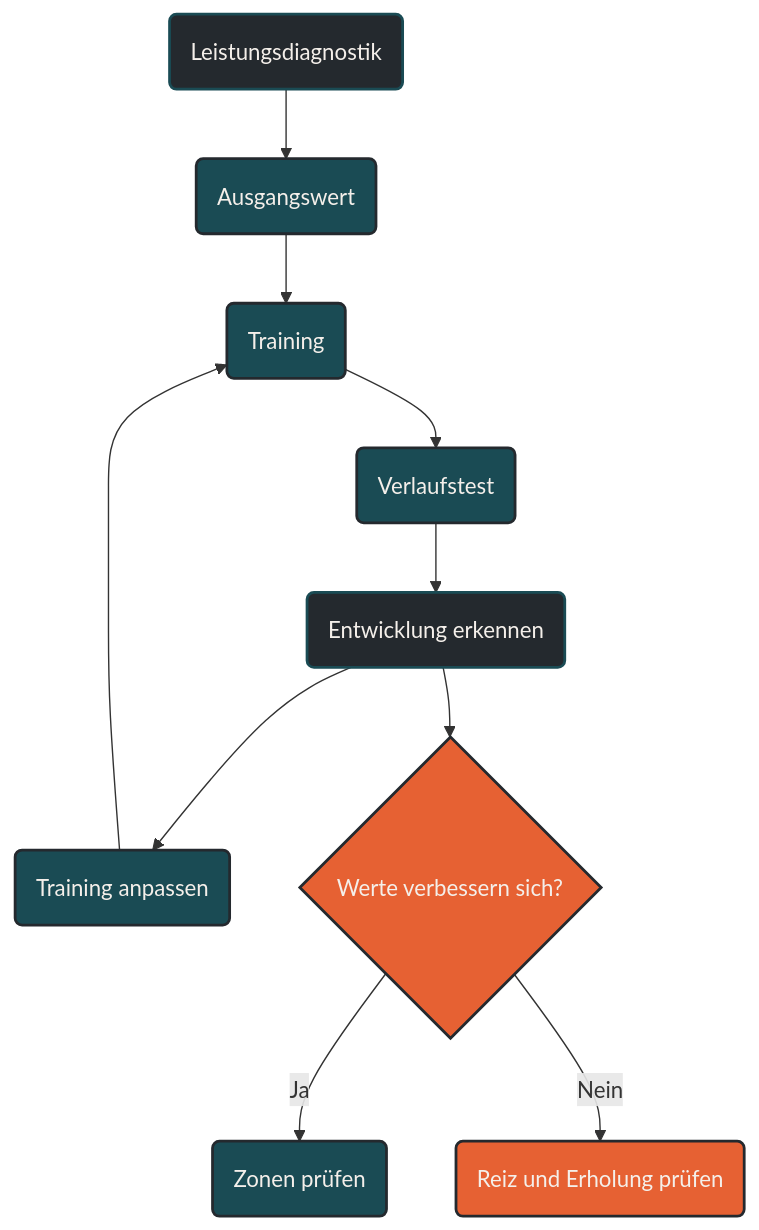
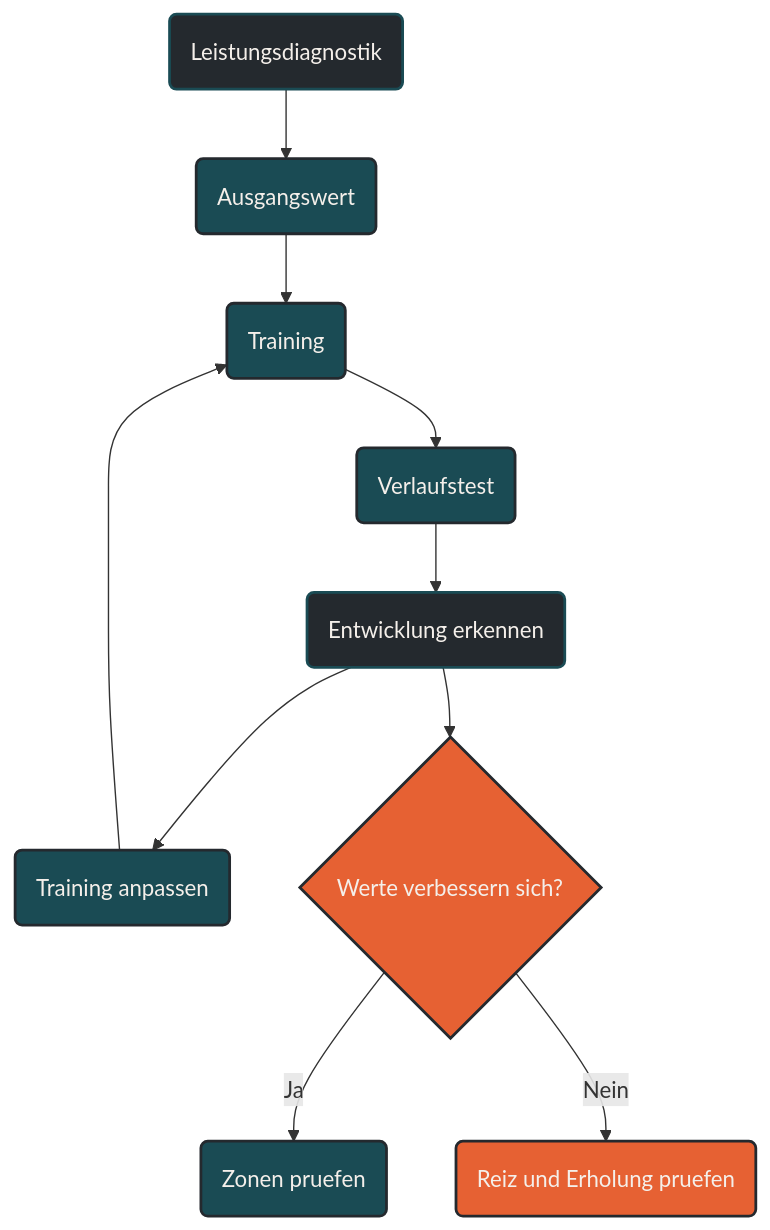
The diagram in content/00-ausdauersport/00-trainingswissenschaft/04-leistungsentwicklung/02-leistungsdiagnostik-im-verlauf.md (Quixos40K/ausdauersport-typemill), drawn with Mermaid before and after one commit. The commit also changed other lines of this file, not shown here.

````diff
--- a/content/00-ausdauersport/00-trainingswissenschaft/04-leistungsentwicklung/02-leistungsdiagnostik-im-verlauf.md
+++ b/content/00-ausdauersport/00-trainingswissenschaft/04-leistungsentwicklung/02-leistungsdiagnostik-im-verlauf.md
@@ -222,28 +222,28 @@
 ```mermaid
 graph TD
     A(Leistungsdiagnostik) --> B(Ausgangswert)
     B --> C(Training)
     C --> D(Verlaufstest)
     D --> E(Entwicklung erkennen)
     E --> F(Training anpassen)
     F --> C
 
     E --> G{Werte verbessern sich?}
-    G -->|Ja| H(Zonen prüfen)
-    G -->|Nein| I(Reiz und Erholung prüfen)
+    G -->|Ja| H(Zonen pruefen)
+    G -->|Nein| I(Reiz und Erholung pruefen)
 
     classDef default fill:#F4EFEA,stroke:#1A4B54,stroke-width:2px,color:#24292E;
     classDef primary fill:#1A4B54,stroke:#24292E,stroke-width:2px,color:#F4EFEA;
     classDef highlight fill:#E66133,stroke:#24292E,stroke-width:2px,color:#F4EFEA;
     classDef dark fill:#24292E,stroke:#1A4B54,stroke-width:2px,color:#F4EFEA;
 
     class A dark;
     class B primary;
     class C primary;
     class D primary;
     class E dark;
     class F primary;
     class G highlight;
     class H primary;
     class I highlight;
 ```
````
